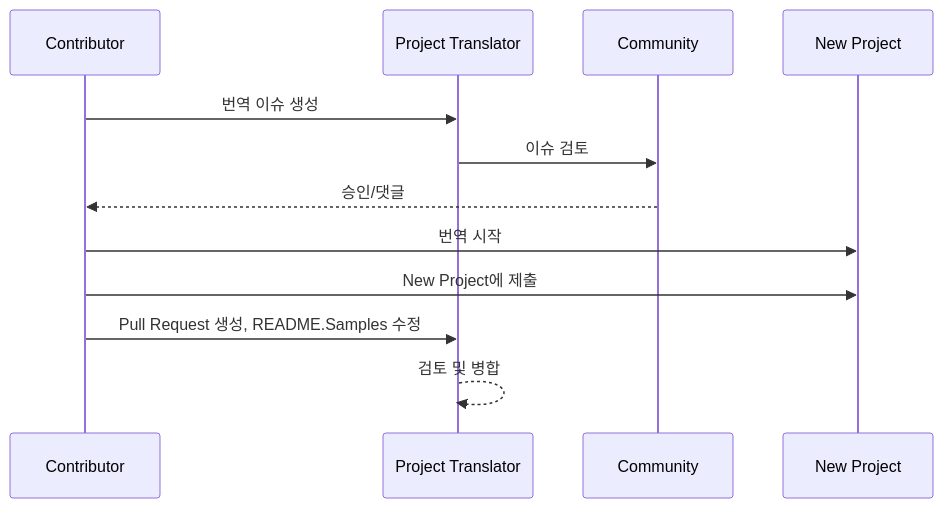
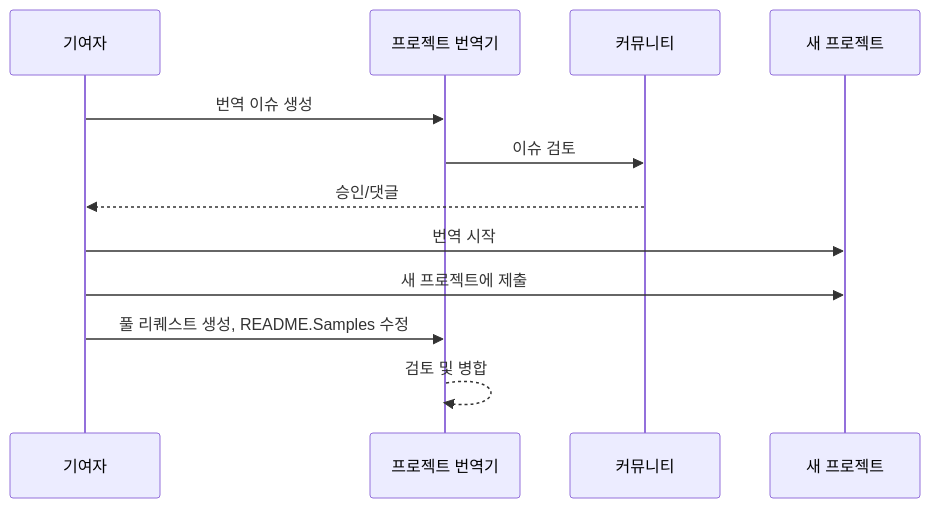
Before and after one commit to Project-Translation/project_translator: the diagram in readmes/README.ko-kr.md, drawn with Mermaid. The commit also changed other lines of this file and 52 other files, not shown here.

````diff
--- a/readmes/README.ko-kr.md
+++ b/readmes/README.ko-kr.md
@@ -56,10 +63,10 @@
 ```mermaid
 sequenceDiagram
-  Contributor->>Project Translator: 번역 이슈 생성
-  Project Translator->>Community: 이슈 검토
-  Community-->>Contributor: 승인/댓글
-  Contributor->>New Project: 번역 시작
-  Contributor->>New Project: New Project에 제출
-  Contributor->>Project Translator: Pull Request 생성, README.Samples 수정
-  Project Translator-->>Project Translator: 검토 및 병합
+  기여자->>프로젝트 번역기: 번역 이슈 생성
+  프로젝트 번역기->>커뮤니티: 이슈 검토
+  커뮤니티-->>기여자: 승인/댓글
+  기여자->>새 프로젝트: 번역 시작
+  기여자->>새 프로젝트: 새 프로젝트에 제출
+  기여자->>프로젝트 번역기: 풀 리퀘스트 생성, README.Samples 수정
+  프로젝트 번역기-->>프로젝트 번역기: 검토 및 병합
 ```
````
